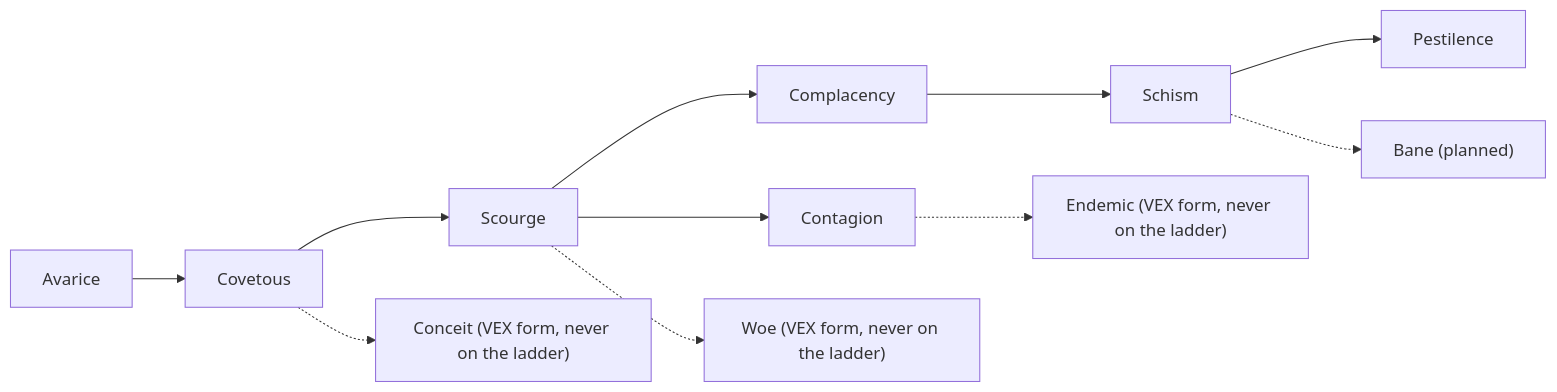
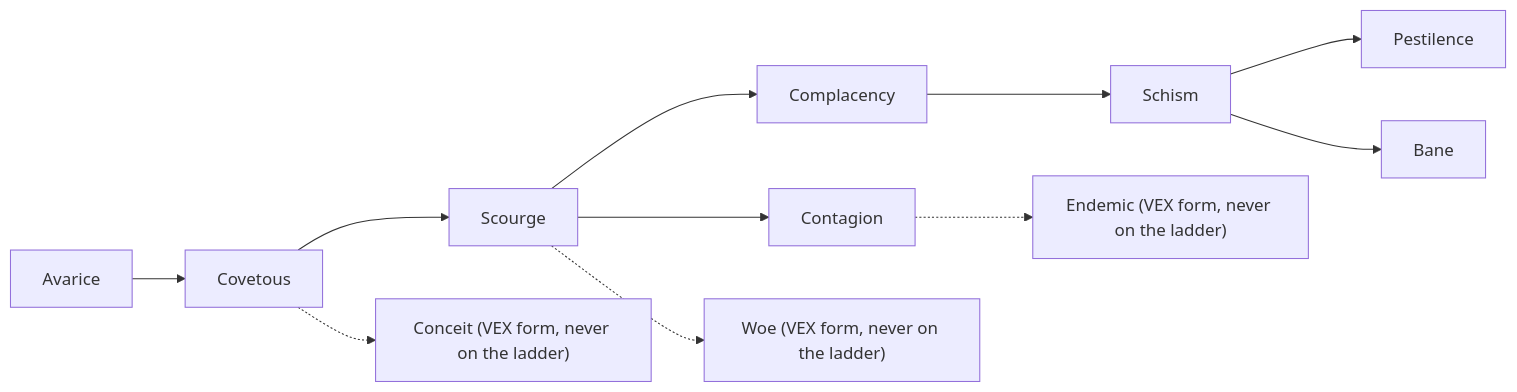
The second of 2 diagrams in architecture/cells-and-experiments.md (avarice-dev/AI-CellHack2), drawn with Mermaid before and after one commit. The commit also changed other lines of this file and 23 other files, not shown here.

````diff
--- a/architecture/cells-and-experiments.md
+++ b/architecture/cells-and-experiments.md
@@ -96,11 +96,11 @@
 ```mermaid
 flowchart LR
     S["Avarice"] --> C["Covetous"] --> SC["Scourge"] --> CO["Contagion"]
     SC --> CP["Complacency"]
     CP --> SM["Schism"]
     SC -.-> W["Woe (VEX form, never on the ladder)"]
     C -.-> CN["Conceit (VEX form, never on the ladder)"]
     CO -.-> E["Endemic (VEX form, never on the ladder)"]
     SM --> P["Pestilence"]
-    SM -.-> B["Bane (planned)"]
+    SM --> B["Bane"]
 ```
````
